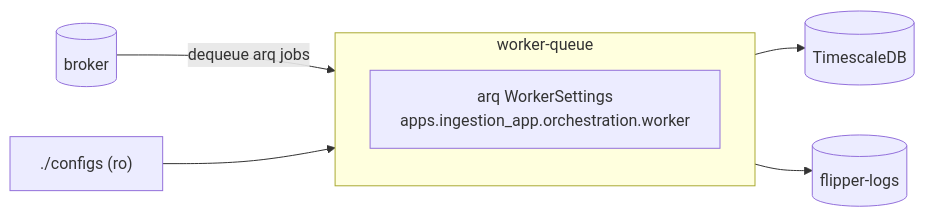
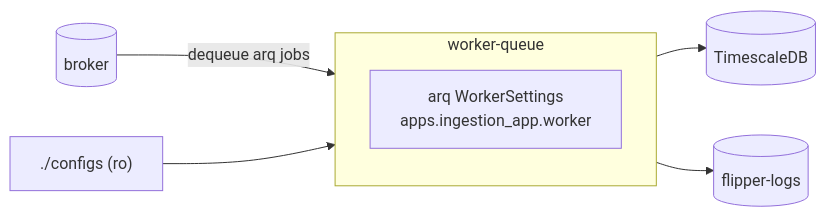
The sixth of 11 diagrams in docs/docker_topology.md (transparentCode/flipperAgent), drawn with Mermaid before and after one commit. The commit also changed other lines of this file and 84 other files, not shown here.

Commit message:
Store flipperAgent/ingestion_app/testing/2026-06-13-exhaustive-validation in default

````diff
--- a/docs/docker_topology.md
+++ b/docs/docker_topology.md
@@ -235,10 +235,10 @@
 ```mermaid
 graph LR
     BRK[(broker)] -->|dequeue arq jobs| WQ
     subgraph WQ["worker-queue"]
-        ARQ["arq WorkerSettings\napps.ingestion_app.orchestration.worker"]
+        ARQ["arq WorkerSettings\napps.ingestion_app.worker"]
     end
     WQ --> DB[(TimescaleDB)]
     WQ --> LOG[(flipper-logs)]
     CFG["./configs (ro)"] --> WQ
 ```
````
